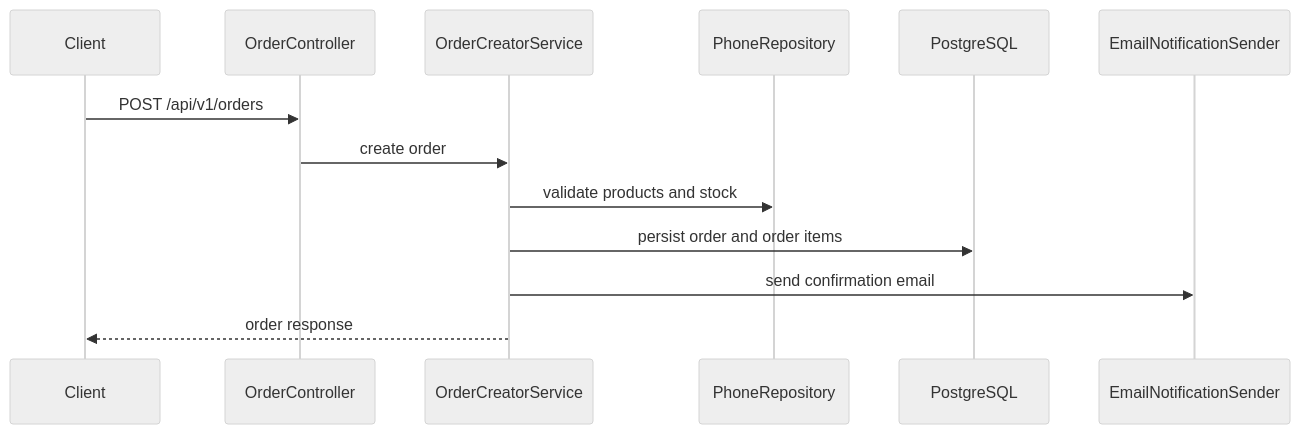
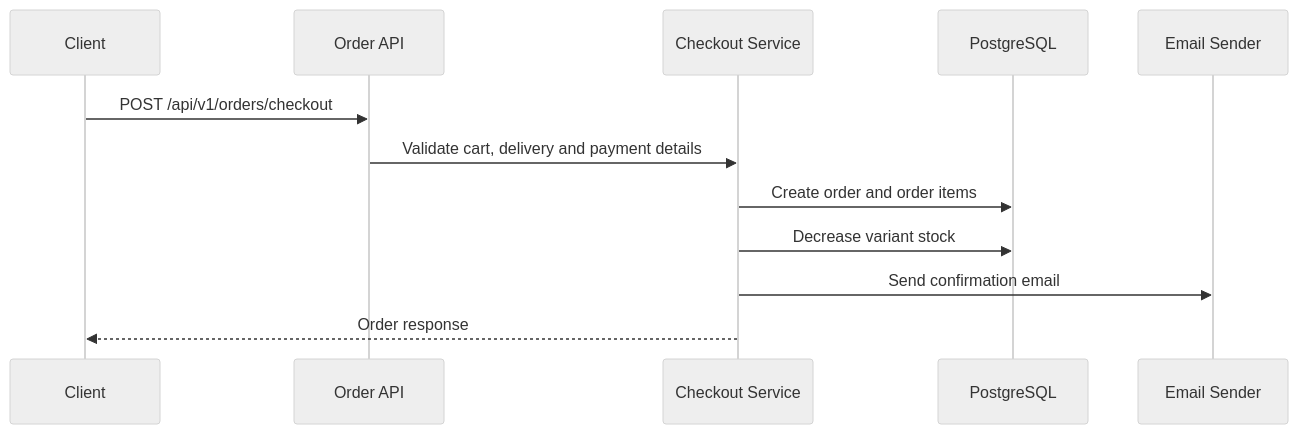
The third of 4 diagrams in docs/ARCHITECTURE.md (Team-4185/phone-shop), drawn with Mermaid (neutral theme) before and after one commit. The commit also changed other lines of this file and 244 other files, not shown here.

````diff
--- a/docs/ARCHITECTURE.md
+++ b/docs/ARCHITECTURE.md
@@ -100,16 +66,15 @@
 ```mermaid
 sequenceDiagram
     participant Client
-    participant API as OrderController
-    participant Orders as OrderCreatorService
-    participant Phones as PhoneRepository
+    participant Orders as Order API
+    participant Service as Checkout Service
     participant DB as PostgreSQL
-    participant Mail as EmailNotificationSender
+    participant Mail as Email Sender
 
-    Client->>API: POST /api/v1/orders
-    API->>Orders: create order
-    Orders->>Phones: validate products and stock
-    Orders->>DB: persist order and order items
-    Orders->>Mail: send confirmation email
-    Orders-->>Client: order response
+    Client->>Orders: POST /api/v1/orders/checkout
+    Orders->>Service: Validate cart, delivery and payment details
+    Service->>DB: Create order and order items
+    Service->>DB: Decrease variant stock
+    Service->>Mail: Send confirmation email
+    Service-->>Client: Order response
 ```
````
